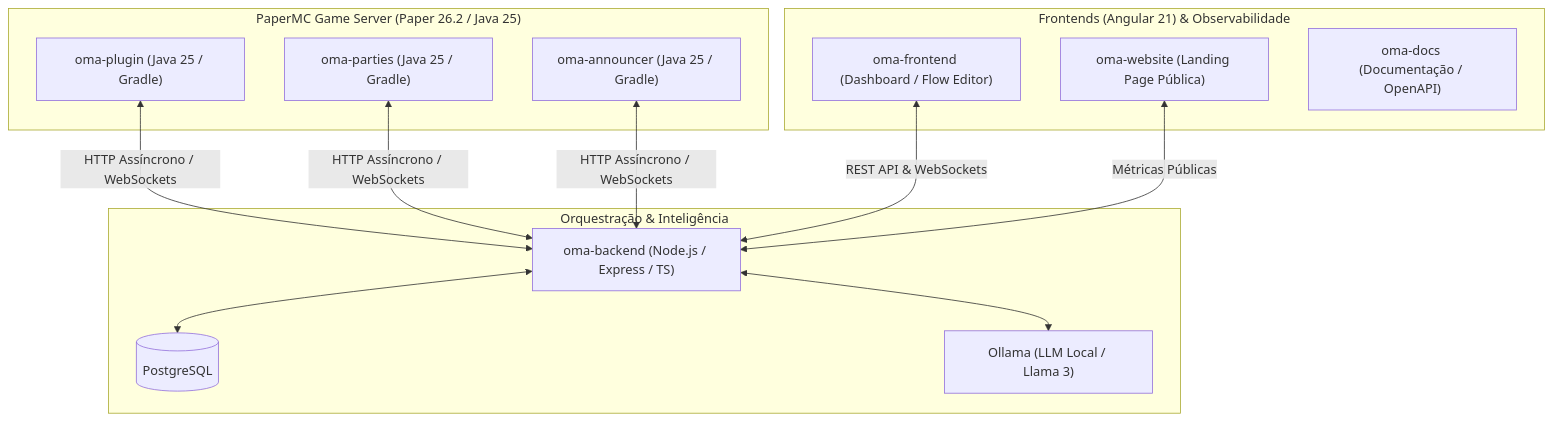
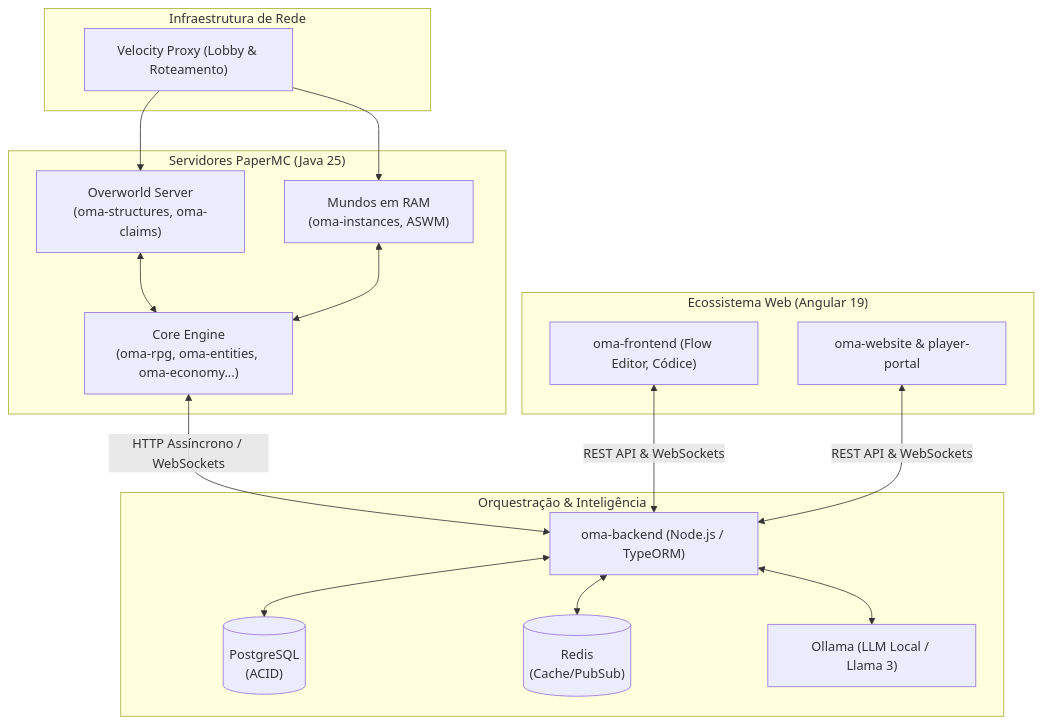
One commit to OMA-Ecosystem/.github changed the diagram in profile/README.md. Above: the diagram before and after it, drawn with Mermaid. The commit also changed other lines of this file, not shown here.

Commit message:
docs: update ecosystem architecture, stack and phase 2 roadmap

````diff
--- a/profile/README.md
+++ b/profile/README.md
@@ -10,29 +12,33 @@
 ```mermaid
 flowchart TD
-    subgraph Minecraft ["PaperMC Game Server (Paper 26.2 / Java 25)"]
-        Plugin["oma-plugin (Java 25 / Gradle)"]
-        Parties["oma-parties (Java 25 / Gradle)"]
-        Announcer["oma-announcer (Java 25 / Gradle)"]
+    subgraph Proxy ["Infraestrutura de Rede"]
+        Velocity["Velocity Proxy (Lobby & Roteamento)"]
     end
 
-    subgraph Core ["Orquestração & Inteligência"]
-        API["oma-backend (Node.js / Express / TS)"]
-        DB[("PostgreSQL")]
+    subgraph Minecraft ["Servidores PaperMC (Java 25)"]
+        Overworld["Overworld Server\n(oma-structures, oma-claims)"]
+        Instances["Mundos em RAM\n(oma-instances, ASWM)"]
+        RPGCore["Core Engine\n(oma-rpg, oma-entities, oma-economy...)"]
+    end
+
+    subgraph Backend ["Orquestração & Inteligência"]
+        API["oma-backend (Node.js / TypeORM)"]
+        DB[("PostgreSQL\n(ACID)")]
+        Redis[("Redis\n(Cache/PubSub)")]
         AI["Ollama (LLM Local / Llama 3)"]
     end
 
-    subgraph Web ["Frontends (Angular 21) & Observabilidade"]
-        Admin["oma-frontend (Dashboard / Flow Editor)"]
-        WebPage["oma-website (Landing Page Pública)"]
-        Docs["oma-docs (Documentação / OpenAPI)"]
+    subgraph Frontend ["Ecossistema Web (Angular 19)"]
+        Admin["oma-frontend (Flow Editor, Códice)"]
+        WebPage["oma-website & player-portal"]
     end
 
-    Plugin <-->|"HTTP Assíncrono / WebSockets"| API
-    Parties <-->|"HTTP Assíncrono / WebSockets"| API
-    Announcer <-->|"HTTP Assíncrono / WebSockets"| API
+    Velocity --> Overworld
+    Velocity --> Instances
+    Overworld & Instances <--> RPGCore
+    RPGCore <-->|"HTTP Assíncrono / WebSockets"| API
     API <--> DB
+    API <--> Redis
     API <--> AI
-    Admin <-->|"REST API & WebSockets"| API
-    WebPage <-->|"Métricas Públicas"| API
-
+    Admin & WebPage <-->|"REST API & WebSockets"| API
 ```
````
